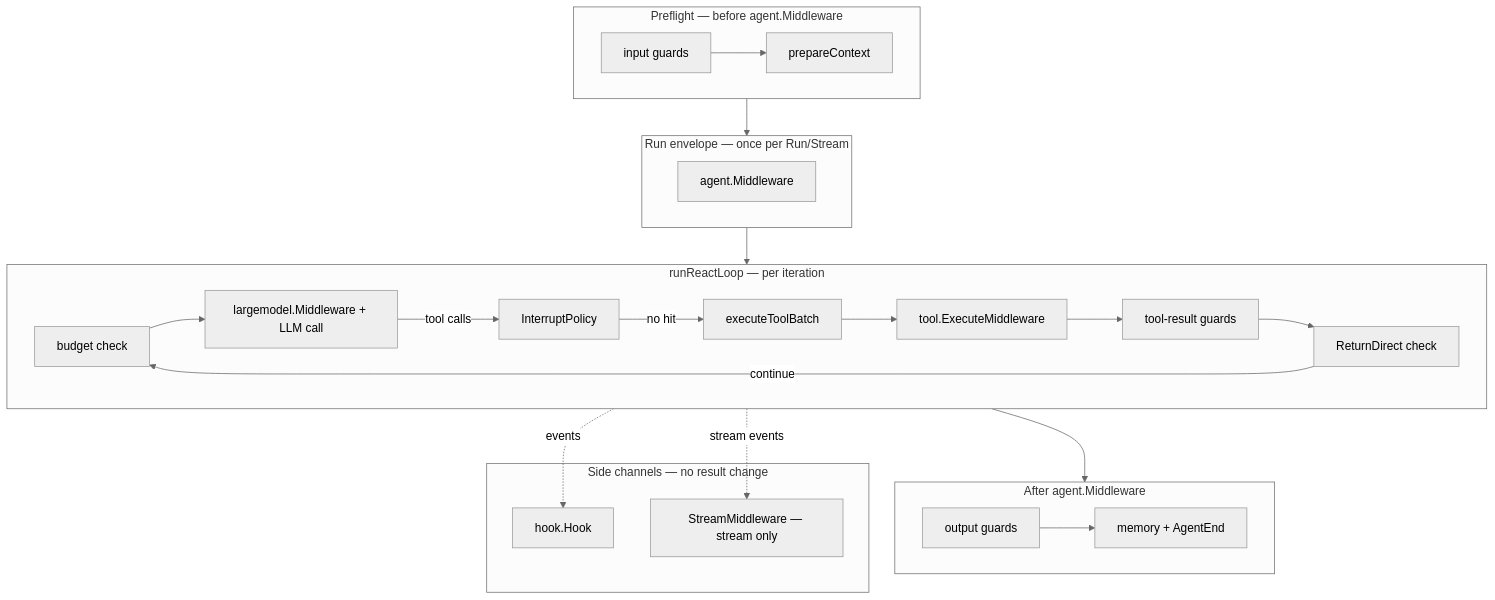
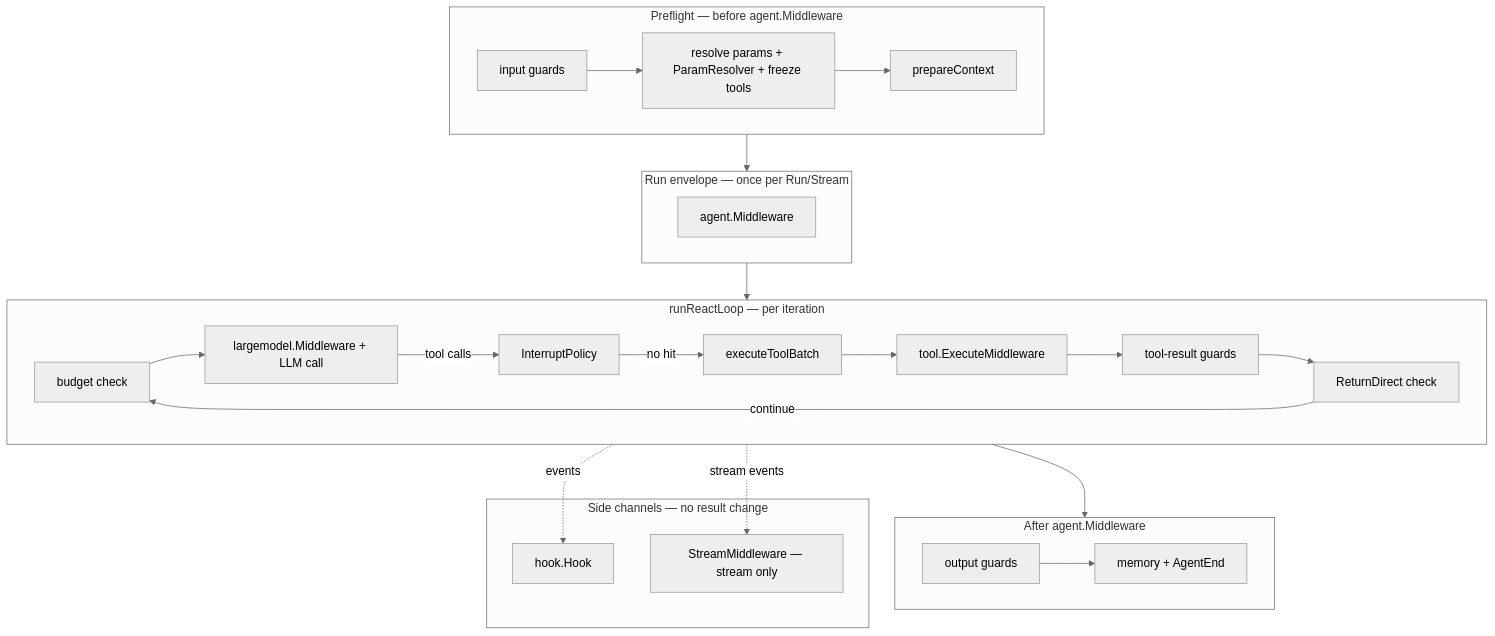
The diagram in doc/domains/agent/agent-core/agent-core-design.md (vogo/vage), drawn with Mermaid (neutral theme) before and after one commit. The commit also changed other lines of this file and 46 other files, not shown here.

First line of the commit message:
feat: ParamResolver 单槽与 routing Caller 构造期绑定

````diff
--- a/doc/domains/agent/agent-core/agent-core-design.md
+++ b/doc/domains/agent/agent-core/agent-core-design.md
@@ -76,44 +77,45 @@
 ```mermaid
 flowchart TD
   subgraph preflight [Preflight — before agent.Middleware]
     IG[input guards]
+    PR[resolve params + ParamResolver + freeze tools]
     PC[prepareContext]
-    IG --> PC
+    IG --> PR --> PC
   end
 
   subgraph envelope [Run envelope — once per Run/Stream]
     AM[agent.Middleware]
   end
 
   subgraph loop [runReactLoop — per iteration]
     BC[budget check]
     LM[largemodel.Middleware + LLM call]
     IP[InterruptPolicy]
     ETB[executeToolBatch]
     EM[tool.ExecuteMiddleware]
     TRG[tool-result guards]
     RD[ReturnDirect check]
     BC --> LM
     LM -->|tool calls| IP
     IP -->|no hit| ETB
     ETB --> EM --> TRG --> RD
     RD -->|continue| BC
   end
 
   subgraph terminal [After agent.Middleware]
     OG[output guards]
     MEM[memory + AgentEnd]
     OG --> MEM
   end
 
   subgraph side [Side channels — no result change]
     HK[hook.Hook]
     SM[StreamMiddleware — stream only]
   end
 
   preflight --> envelope
   envelope --> loop
   loop --> terminal
   loop -. events .-> HK
   loop -. stream events .-> SM
 ```
````
